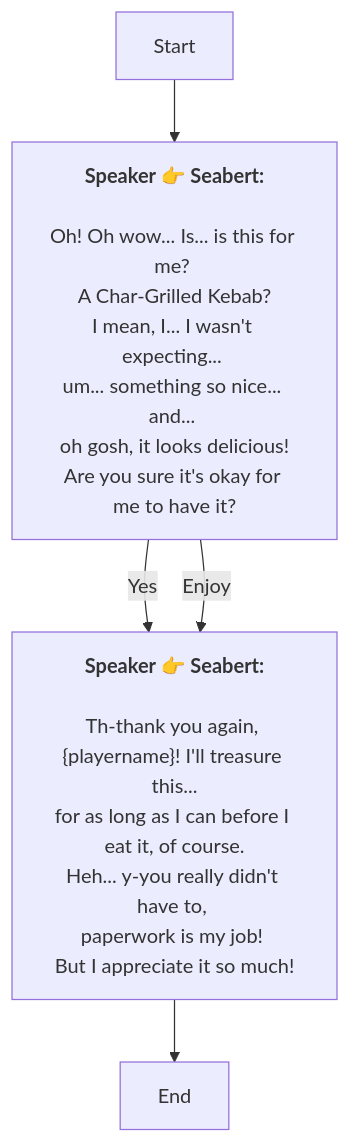
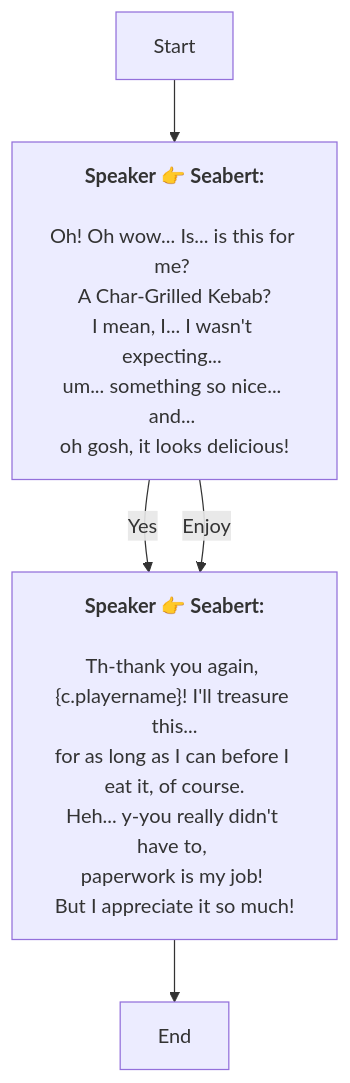
Before and after one commit to SoftHu/tos_avg: the diagram in Zh/QuestStartTalkENode_1768893609729089.md, drawn with Mermaid. The commit also changed 410 other files, not shown here.

````diff
--- a/Zh/QuestStartTalkENode_1768893609729089.md
+++ b/Zh/QuestStartTalkENode_1768893609729089.md
@@ -1,22 +1,22 @@
 ```mermaid
 graph
 Start -->1768894927140856[<b>Speaker 👉 Seabert:</b>
 \nOh! Oh wow... Is... is this for me? 
 A Char-Grilled Kebab?\nI mean, I... I wasn't expecting... 
 um... something so nice... and... 
-oh gosh, it looks delicious!\nAre you sure it's okay for me to have it?]
+oh gosh, it looks delicious!]
 1768894927140856 -->|Yes|1768894985643006[<b>Speaker 👉 Seabert:</b>
 \nTh-thank you again, 
-&lbrace;playername&rbrace;! I'll treasure this...
+&lbrace;c.playername&rbrace;! I'll treasure this...
 for as long as I can before I eat it, of course.\nHeh... y-you really didn't have to, 
 paperwork is my job! 
 But I appreciate it so much!]
 1768894927140856 -->|Enjoy|1768894985643006[<b>Speaker 👉 Seabert:</b>
 \nTh-thank you again, 
-&lbrace;playername&rbrace;! I'll treasure this...
+&lbrace;c.playername&rbrace;! I'll treasure this...
 for as long as I can before I eat it, of course.\nHeh... y-you really didn't have to, 
 paperwork is my job! 
 But I appreciate it so much!]
 1768894985643006 -->1768895021854719[End]
 
 ```
````
